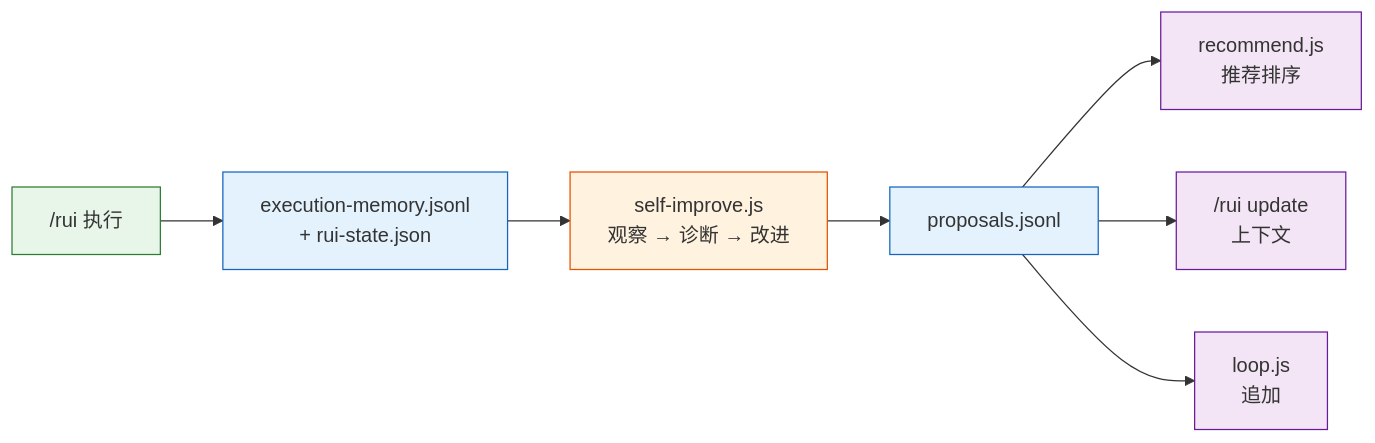
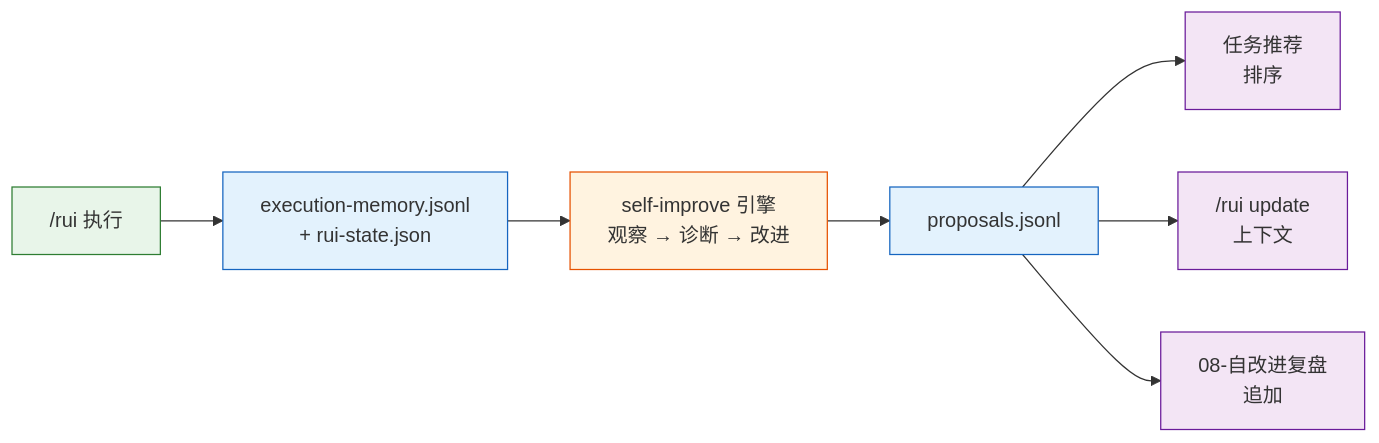
Diagram 11 of 13 in skills/rui/coder.md (effiy/YrY), drawn with Mermaid before and after one commit. The commit also changed other lines of this file and 14 other files, not shown here.

````diff
--- a/skills/rui/coder.md
+++ b/skills/rui/coder.md
@@ -301,14 +301,14 @@
 ```mermaid
 flowchart LR
     A["/rui 执行"]:::src --> B["execution-memory.jsonl<br/>+ rui-state.json"]:::store
-    B --> C["self-improve.js<br/>观察 → 诊断 → 改进"]:::op
+    B --> C["self-improve 引擎<br/>观察 → 诊断 → 改进"]:::op
     C --> D["proposals.jsonl"]:::store
-    D --> E1["recommend.js<br/>推荐排序"]:::use
+    D --> E1["任务推荐<br/>排序"]:::use
     D --> E2["/rui update<br/>上下文"]:::use
-    D --> E3["loop.js<br/>追加"]:::use
+    D --> E3["08-自改进复盘<br/>追加"]:::use
 
     classDef src fill:#e8f5e9,stroke:#2e7d32;
     classDef store fill:#e3f2fd,stroke:#1565c0;
     classDef op fill:#fff3e0,stroke:#e65100;
     classDef use fill:#f3e5f5,stroke:#6a1b9a;
 ```
````
